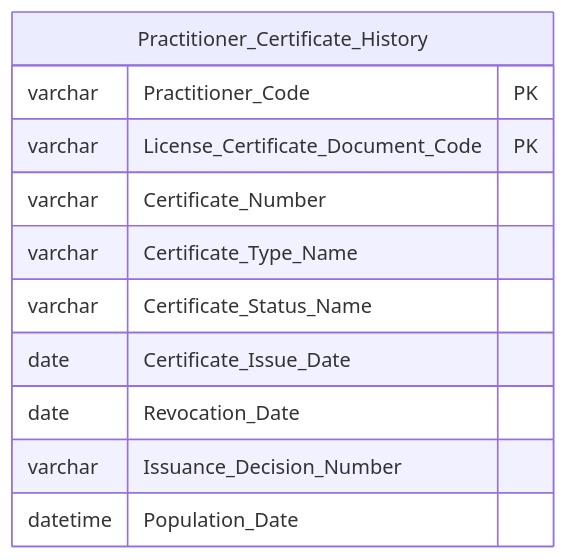
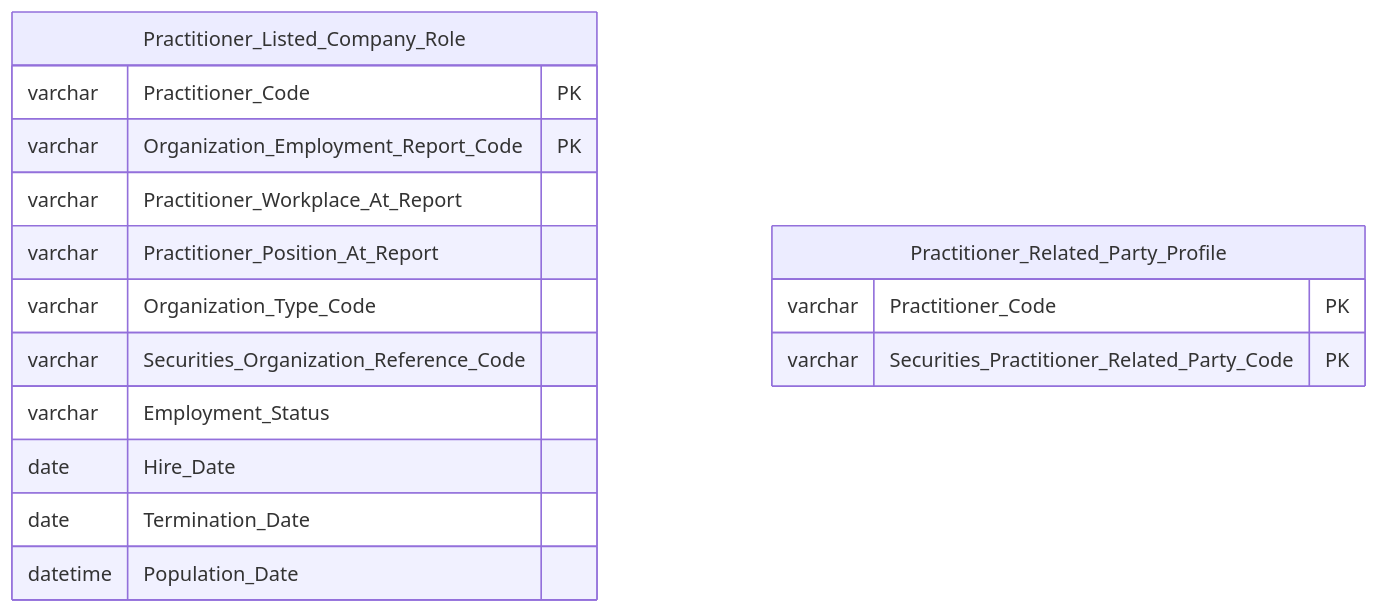
Before and after one commit to linhlvit/ubck_atomic_design: diagram 26 of 40 in Datamart/hld/DTM_NHNCK_HLD.md, drawn with Mermaid. The commit also changed other lines of this file and 25 other files, not shown here.

````diff
--- a/Datamart/hld/DTM_NHNCK_HLD.md
+++ b/Datamart/hld/DTM_NHNCK_HLD.md
@@ -847,14 +1121,20 @@
 ```mermaid
 erDiagram
-    Practitioner_Certificate_History {
+    Practitioner_Listed_Company_Role {
         varchar Practitioner_Code PK
-        varchar License_Certificate_Document_Code PK
-        varchar Certificate_Number
-        varchar Certificate_Type_Name
-        varchar Certificate_Status_Name
-        date Certificate_Issue_Date
-        date Revocation_Date
-        varchar Issuance_Decision_Number
+        varchar Organization_Employment_Report_Code PK
+        varchar Practitioner_Workplace_At_Report
+        varchar Practitioner_Position_At_Report
+        varchar Organization_Type_Code
+        varchar Securities_Organization_Reference_Code
+        varchar Employment_Status
+        date Hire_Date
+        date Termination_Date
         datetime Population_Date
     }
+
+    Practitioner_Related_Party_Profile {
+        varchar Practitioner_Code PK
+        varchar Securities_Practitioner_Related_Party_Code PK
+    }
 ```
````
